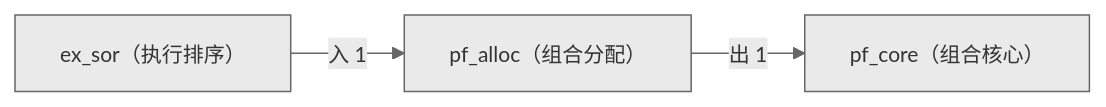
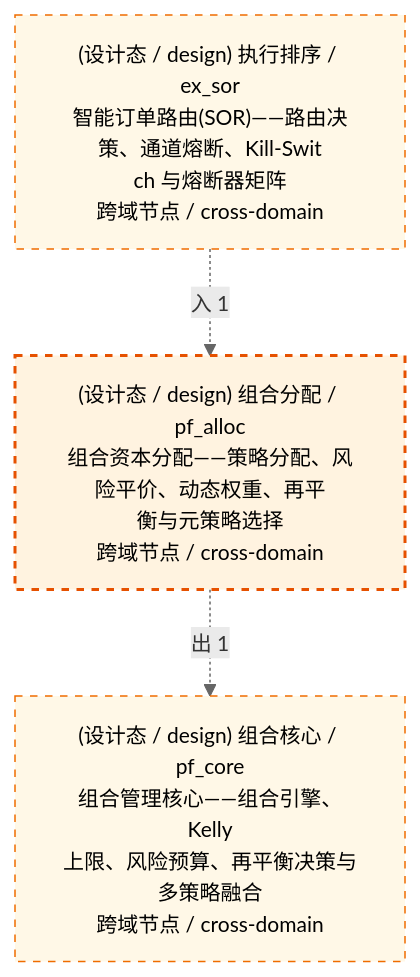
One commit to xuanFelixVan/ZephyrAlpha changed the third of 3 diagrams in docs/02_enterprise_architecture/06_decision_architecture/16_decision_l3_pf_alloc.md. Above: the diagram before and after it, drawn with Mermaid. The commit also changed other lines of this file and 23 other files, not shown here.

First line of the commit message:
feat(decisiongraph): 决策流图生成器模板 V1.2 全面升级——严格三视图+四要素标签+classDef四色+HTML联动

````diff
--- a/docs/02_enterprise_architecture/06_decision_architecture/16_decision_l3_pf_alloc.md
+++ b/docs/02_enterprise_architecture/06_decision_architecture/16_decision_l3_pf_alloc.md
@@ -76,9 +164,15 @@
 ```mermaid
-%%{init: {'theme': 'base', 'themeVariables': {'primaryColor': '#eaeaea', 'primaryTextColor': '#333333', 'primaryBorderColor': '#666666', 'lineColor': '#666666', 'secondaryColor': '#eaeaea', 'tertiaryColor': '#eaeaea', 'fontSize': '14px'}}}%%
-flowchart LR
-    SELF["pf_alloc（组合分配）"]
-    EXT_pf_core["pf_core（组合核心）"]
-    SELF -->|出 1| EXT_pf_core
-    EXT_ex_sor["ex_sor（执行排序）"]
-    EXT_ex_sor -->|入 1| SELF
+%%{init: {'theme': 'base', 'themeVariables': {'primaryColor': '#eaeaea', 'primaryTextColor': '#333333', 'primaryBorderColor': '#666666', 'lineColor': '#666666', 'secondaryColor': '#eaeaea', 'tertiaryColor': '#eaeaea', 'clusterBkg': 'transparent', 'clusterBorder': 'transparent', 'fontSize': '14px'}}}%%
+flowchart TD
+    SELF["(设计态 / design) 组合分配 / pf_alloc<br/>组合资本分配——策略分配、风险平价、动态权重、再平<br/>衡与元策略选择<br/>跨域节点 / cross-domain"]
+    EXT_pf_core["(设计态 / design) 组合核心 / pf_core<br/>组合管理核心——组合引擎、Kelly<br/>上限、风险预算、再平衡决策与多策略融合<br/>跨域节点 / cross-domain"]
+    SELF -.->|出 1| EXT_pf_core
+    EXT_ex_sor["(设计态 / design) 执行排序 / ex_sor<br/>智能订单路由(SOR)——路由决策、通道熔断、Kill-Swit<br/>ch 与熔断器矩阵<br/>跨域节点 / cross-domain"]
+    EXT_ex_sor -.->|入 1| SELF
+    classDef production fill:#e1f5fe,stroke:#01579b,stroke-width:2px,color:#000
+    classDef design fill:#fff3e0,stroke:#e65100,stroke-width:2px,color:#000,stroke-dasharray: 5 5
+    classDef external_prod fill:#e8f4fd,stroke:#0277bd,stroke-width:1px,color:#000
+    classDef external_design fill:#fff8e7,stroke:#ef6c00,stroke-width:1px,color:#000,stroke-dasharray: 5 5
+    class SELF design
+    class EXT_pf_core,EXT_ex_sor external_design
 ```
````
